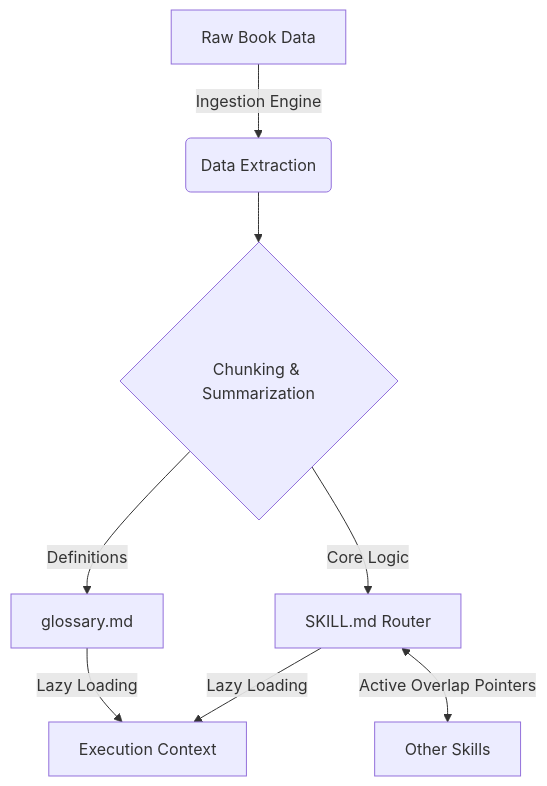
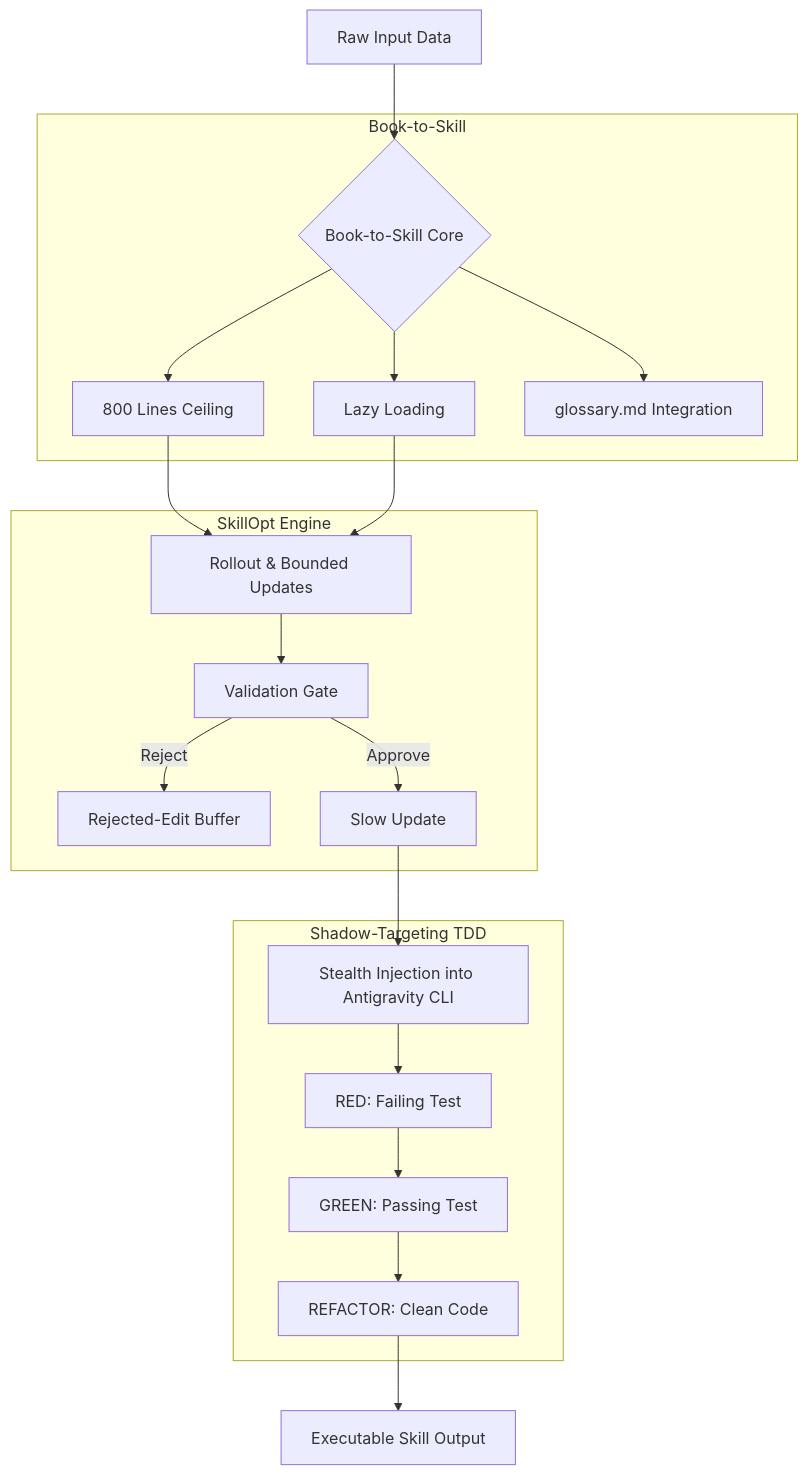
Before and after one commit to lordmahonheim-bot/Tesla-Antigravity-CLI: the diagram in 40-Book-To-Skill-Tesla-Writing-Skills/README.md, drawn with Mermaid. The commit also changed other lines of this file, not shown here.

Commit message:
docs(skill): rewrite README to reflect SkillOpt and Shadow-Targeting TDD integration

````diff
--- a/40-Book-To-Skill-Tesla-Writing-Skills/README.md
+++ b/40-Book-To-Skill-Tesla-Writing-Skills/README.md
@@ -53,10 +41,27 @@
 ```mermaid
 graph TD
-    A[Raw Book Data] -->|Ingestion Engine| B(Data Extraction)
-    B --> C{Chunking & Summarization}
-    C -->|Core Logic| D[SKILL.md Router]
-    C -->|Definitions| E[glossary.md]
-    D -->|Lazy Loading| F[Execution Context]
-    E -->|Lazy Loading| F
-    D <-->|Active Overlap Pointers| G[Other Skills]
+    A[Raw Input Data] --> B{Book-to-Skill Core}
+    
+    subgraph Book-to-Skill
+        B --> C[800 Lines Ceiling]
+        B --> D[Lazy Loading]
+        B --> E[glossary.md Integration]
+    end
+    
+    subgraph SkillOpt Engine
+        C --> F[Rollout & Bounded Updates]
+        D --> F
+        F --> G[Validation Gate]
+        G -- Reject --> H[Rejected-Edit Buffer]
+        G -- Approve --> I[Slow Update]
+    end
+    
+    subgraph Shadow-Targeting TDD
+        I --> J[Stealth Injection into Antigravity CLI]
+        J --> K[RED: Failing Test]
+        K --> L[GREEN: Passing Test]
+        L --> M[REFACTOR: Clean Code]
+    end
+    
+    M --> N[Executable Skill Output]
 ```
````
